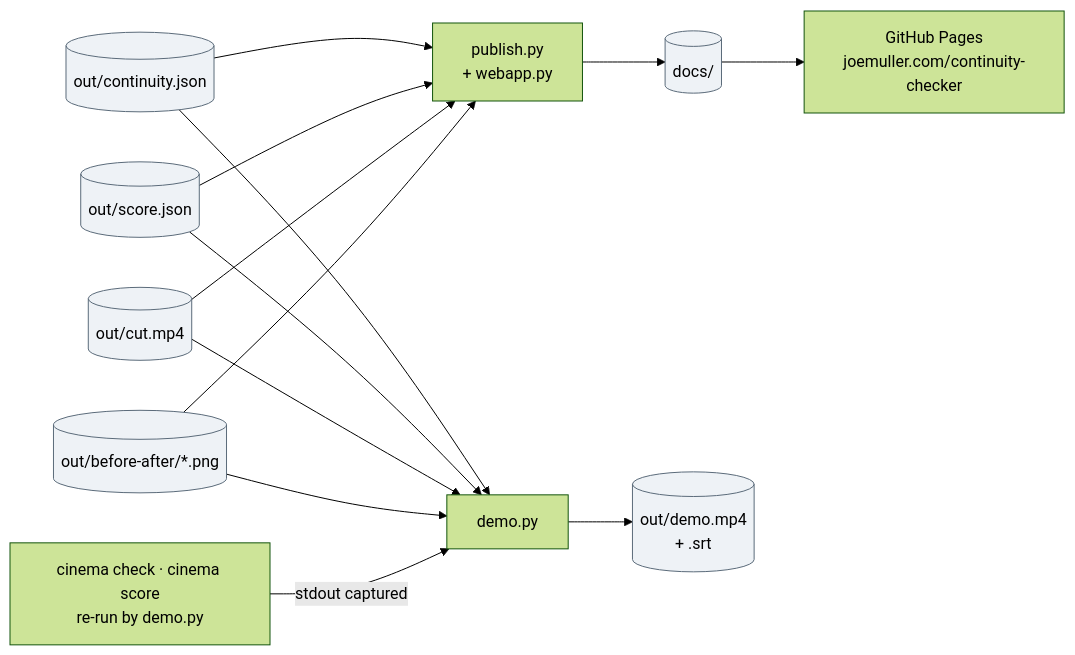
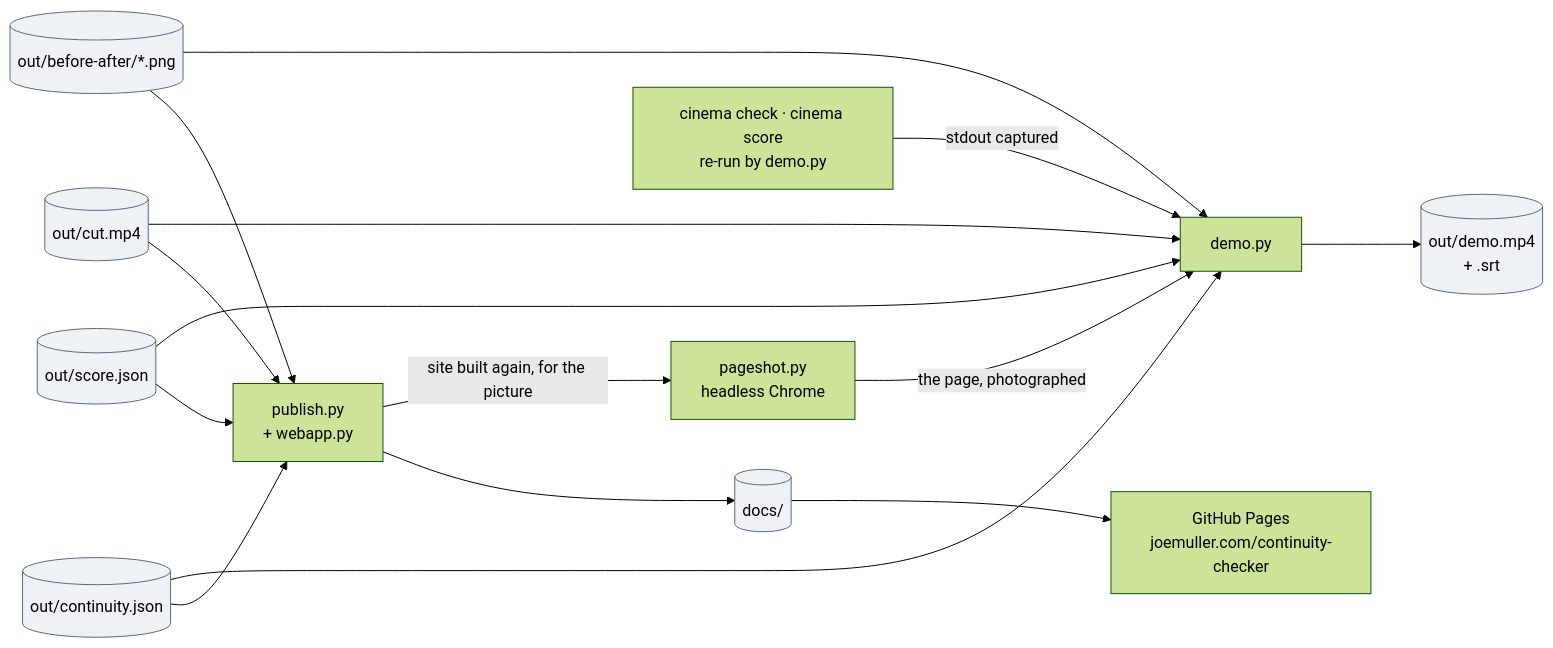
The second of 2 diagrams in README.md (jtmuller5/continuity-checker), drawn with Mermaid (forest theme) before and after one commit. The commit also changed other lines of this file and 8 other files, not shown here.

````diff
--- a/README.md
+++ b/README.md
@@ -242,28 +242,31 @@
 ```mermaid
 flowchart LR
   report[("out/continuity.json")]
   scorej[("out/score.json")]
   cut[("out/cut.mp4")]
   plate[("out/before-after/*.png")]
   publish["publish.py<br/>+ webapp.py"]
   demo["demo.py"]
   docs[("docs/")]
   demof[("out/demo.mp4<br/>+ .srt")]
   page["GitHub Pages<br/>joemuller.com/continuity-checker"]
   console["cinema check · cinema score<br/>re-run by demo.py"]
+  shot["pageshot.py<br/>headless Chrome"]
 
   report --> publish
   scorej --> publish
   cut --> publish
   plate --> publish
   report --> demo
   scorej --> demo
   cut --> demo
   plate --> demo
   console -->|stdout captured| demo
   publish --> docs --> page
+  publish -->|site built again, for the picture| shot
+  shot -->|the page, photographed| demo
   demo --> demof
 
   classDef file fill:#eef2f6,stroke:#5b6b7a;
   class report,scorej,cut,plate,docs,demof file;
 ```
````
